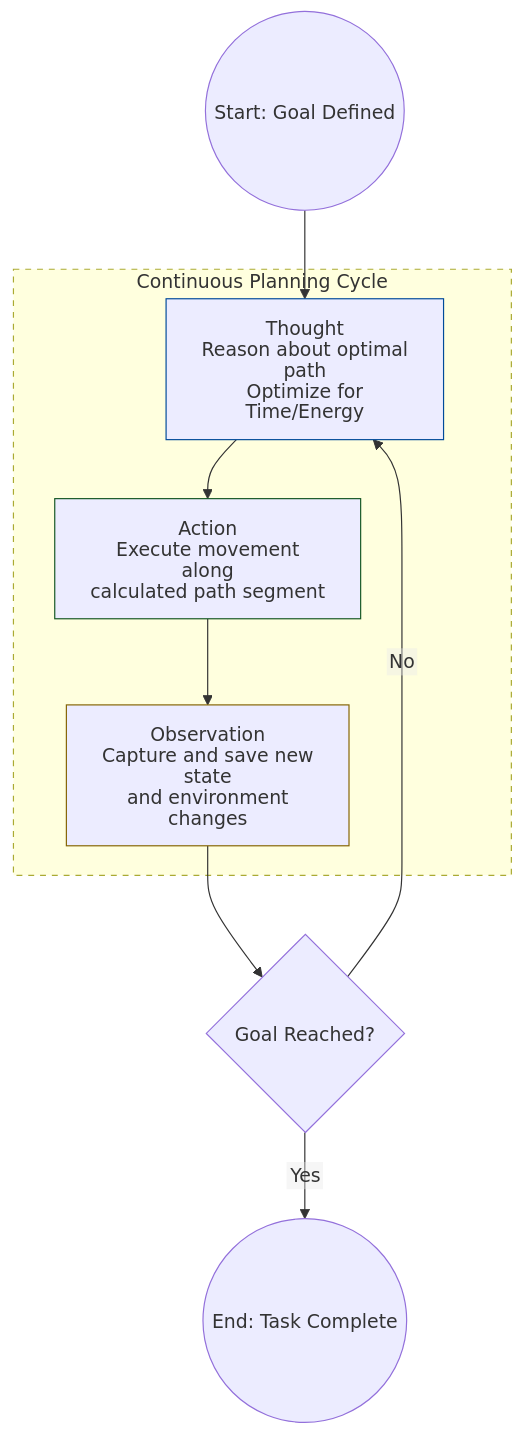
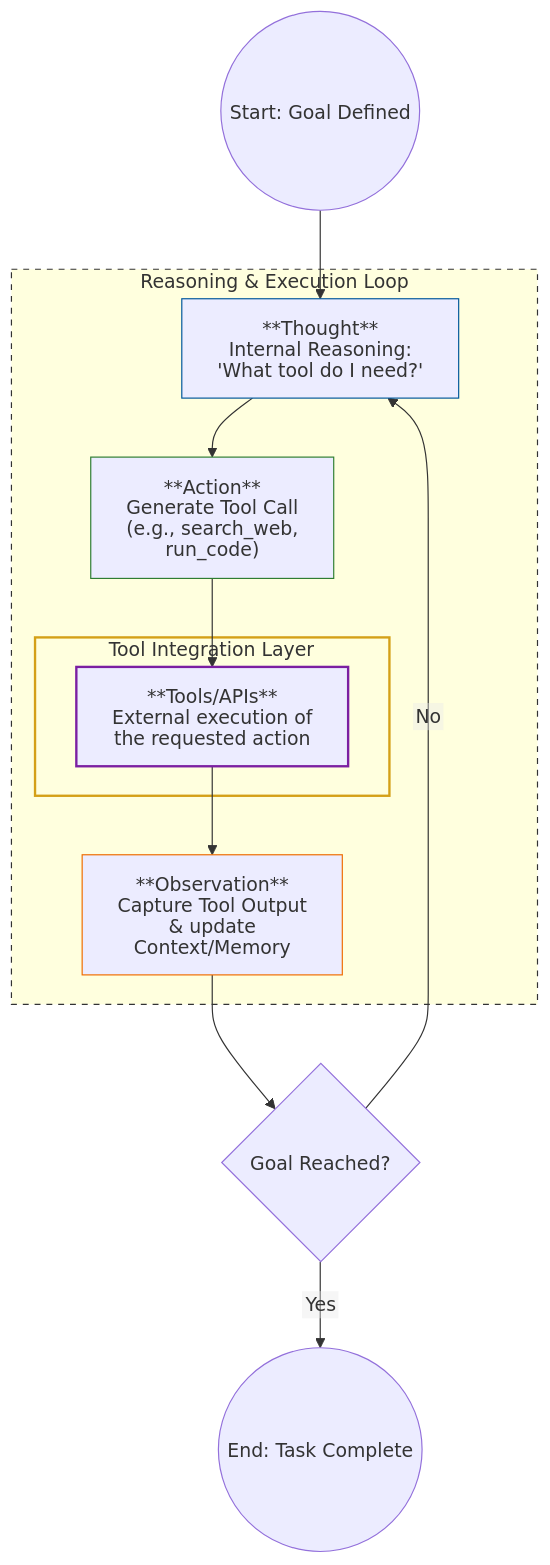
The first of 3 diagrams in docs/phase-0-what-is-an-agent.md (danielaotelea/VT1), drawn with Mermaid before and after one commit. The commit also changed other lines of this file, not shown here.

````diff
--- a/docs/phase-0-what-is-an-agent.md
+++ b/docs/phase-0-what-is-an-agent.md
@@ -30,20 +32,31 @@
 ```mermaid
 %%{init: {'securityLevel': 'loose', 'htmlLabels': false}}%%
 graph TD
     Start((Start: Goal Defined)) --> Thought
-    
-    subgraph ReAct_Loop [Continuous Planning Cycle]
-        Thought["Thought\nReason about optimal path\nOptimize for Time/Energy"] --> Action
-        Action["Action\nExecute movement along\ncalculated path segment"] --> Observation
-        Observation["Observation\nCapture and save new state\nand environment changes"]
+
+    subgraph ReAct_Loop [Reasoning & Execution Loop]
+        Thought["**Thought**<br/>Internal Reasoning:<br/>'What tool do I need?'"] --> Action
+        
+        Action["**Action**<br/>Generate Tool Call<br/>(e.g., search_web, run_code)"] --> ToolEnv
+        
+        subgraph External_World [Tool Integration Layer]
+            ToolEnv["**Tools/APIs**<br/>External execution of<br/>the requested action"]
+        end
+
+        ToolEnv --> Observation
+        
+        Observation["**Observation**<br/>Capture Tool Output<br/>& update Context/Memory"]
     end
 
     Observation --> Check{Goal Reached?}
     Check -- No --> Thought
     Check -- Yes --> End((End: Task Complete))
 
-    style ReAct_Loop fill:#fffff,stroke:#33,stroke-dasharray:5 5
-    style Thought fill:#ddde7ff,stroke:#004a99
-    style Action fill:#dedda,stroke:#155724
-    style Observation fill:#fffcd,stroke:#856404
+    %% Styling
+    style ReAct_Loop fill:#f9f9f,stroke:#333,stroke-dasharray: 5 5
+    style External_World fill:#fff4d,stroke:#d4a017,stroke-width:2px
+    style Thought fill:#e1f5f,stroke:#01579b
+    style Action fill:#e8f5e,stroke:#2e7d32
+    style Observation fill:#fff3e,stroke:#ef6c00
+    style ToolEnv fill:#f3e5f,stroke:#7b1fa2,stroke-width:2px
 ```
````
